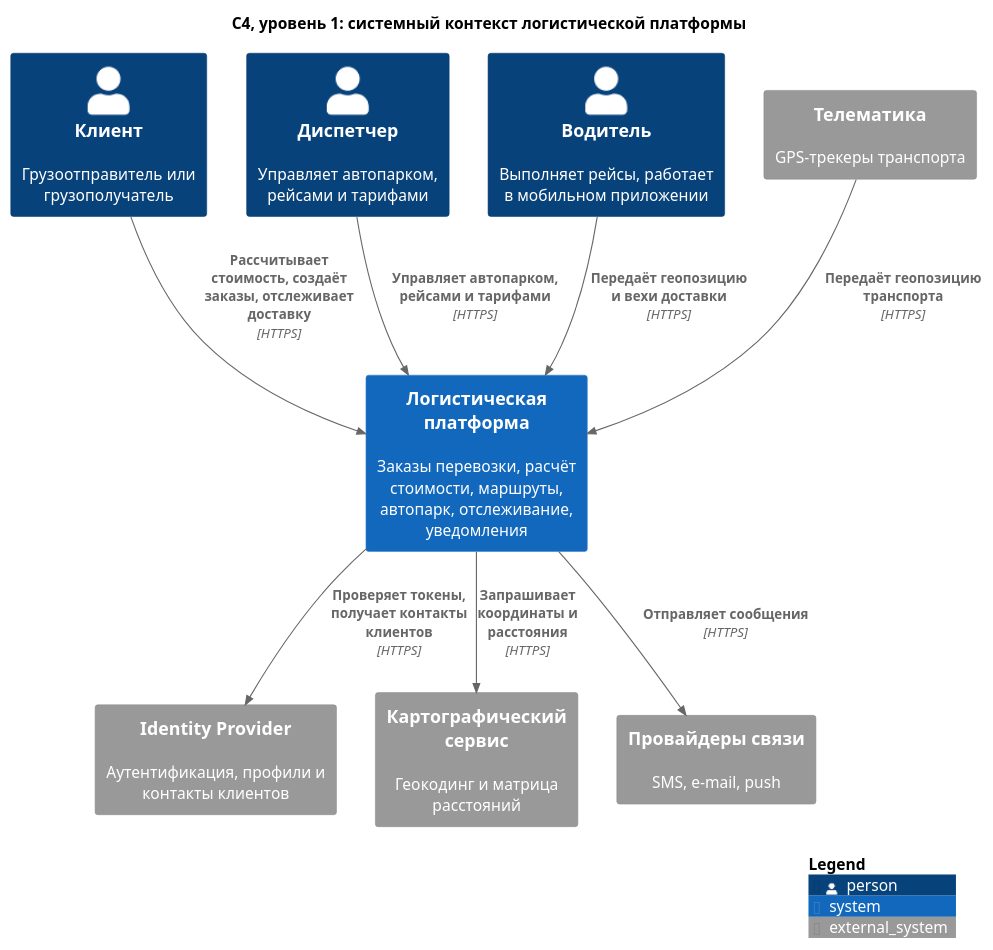
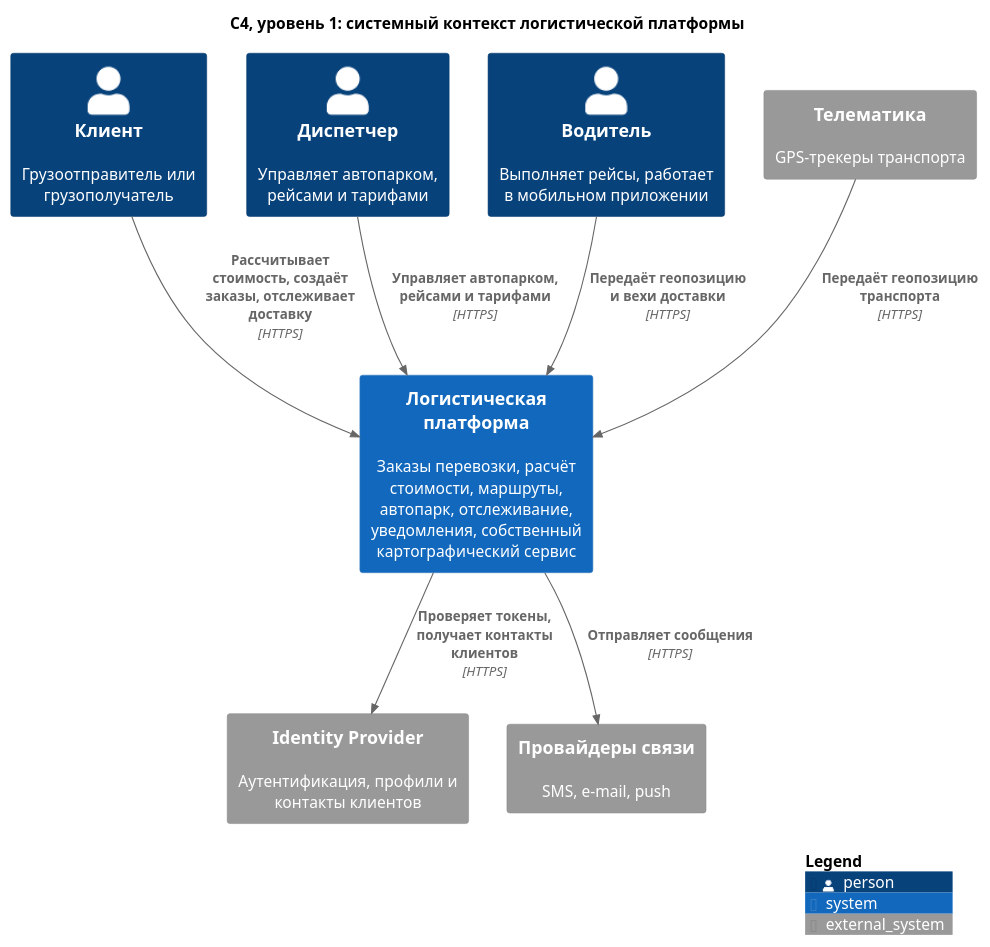
Before and after one commit to Yagiar/MicroservicesItmo: the diagram in 1_lab/diagrams/c4-context.puml, drawn with PlantUML. The commit also changed 18 other files, not shown here.

First line of the commit message:
Add C4 container diagrams for notification, orders, and tracking services; update existing diagrams and service documentation

```diff
--- a/1_lab/diagrams/c4-context.puml
+++ b/1_lab/diagrams/c4-context.puml
@@ -1,27 +1,25 @@
 @startuml c4-context
 !include <C4/C4_Context>
 
 title C4, уровень 1: системный контекст логистической платформы
 
 Person(customer, "Клиент", "Грузоотправитель или грузополучатель")
 Person(dispatcher, "Диспетчер", "Управляет автопарком, рейсами и тарифами")
 Person(driver, "Водитель", "Выполняет рейсы, работает в мобильном приложении")
 
-System(platform, "Логистическая платформа", "Заказы перевозки, расчёт стоимости, маршруты, автопарк, отслеживание, уведомления")
+System(platform, "Логистическая платформа", "Заказы перевозки, расчёт стоимости, маршруты, автопарк, отслеживание, уведомления, собственный картографический сервис")
 
 System_Ext(telematics, "Телематика", "GPS-трекеры транспорта")
 System_Ext(idp, "Identity Provider", "Аутентификация, профили и контакты клиентов")
-System_Ext(maps, "Картографический сервис", "Геокодинг и матрица расстояний")
 System_Ext(comms, "Провайдеры связи", "SMS, e-mail, push")
 
 Rel(customer, platform, "Рассчитывает стоимость, создаёт заказы, отслеживает доставку", "HTTPS")
 Rel(dispatcher, platform, "Управляет автопарком, рейсами и тарифами", "HTTPS")
 Rel(driver, platform, "Передаёт геопозицию и вехи доставки", "HTTPS")
 Rel(telematics, platform, "Передаёт геопозицию транспорта", "HTTPS")
 
 Rel(platform, idp, "Проверяет токены, получает контакты клиентов", "HTTPS")
-Rel(platform, maps, "Запрашивает координаты и расстояния", "HTTPS")
 Rel(platform, comms, "Отправляет сообщения", "HTTPS")
 
 SHOW_LEGEND()
 @enduml
```
